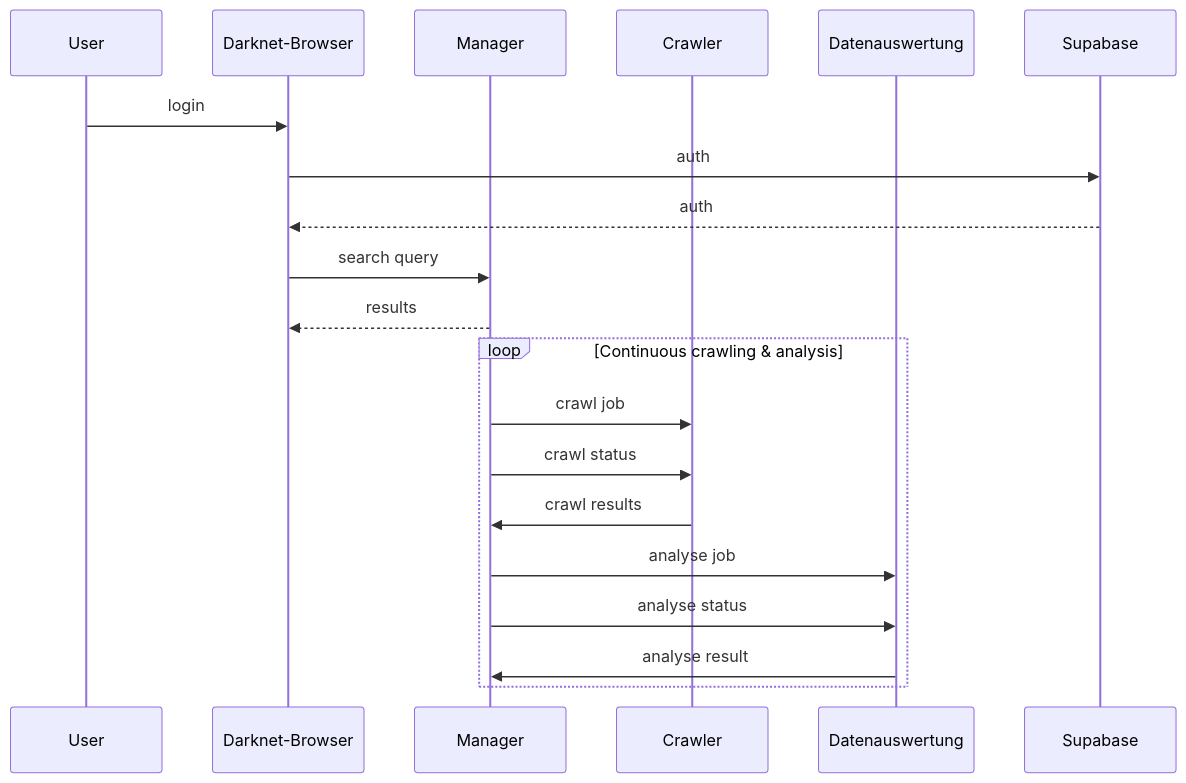
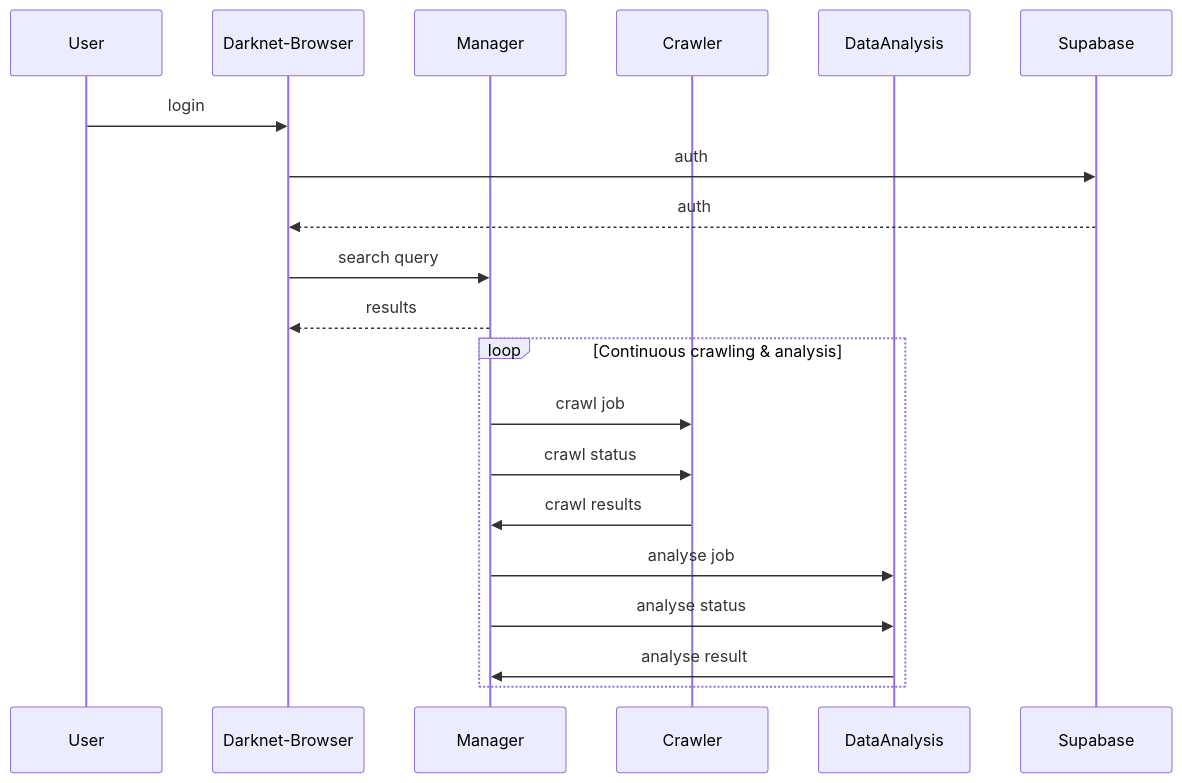
Before and after one commit to Tomatenmark05/darkwebsearch: the diagram in README.md, drawn with Mermaid.

Commit message:
Rename Datenauswertung to DataAnalysis in README

````diff
--- a/README.md
+++ b/README.md
@@ -45,26 +45,26 @@
 ```mermaid
 sequenceDiagram
     participant User
     participant DarknetBrowser as Darknet-Browser
     participant Manager
     participant Crawler
-    participant Datenauswertung
+    participant DataAnalysis
     participant Supabase
 
     %% User search flow
     User->>DarknetBrowser: login
     DarknetBrowser->>Supabase: auth
     Supabase-->>DarknetBrowser: auth
     DarknetBrowser->>Manager: search query
     Manager-->>DarknetBrowser: results
 
     %% Independent continuous crawl and analysis flow
     loop Continuous crawling & analysis
         Manager->>Crawler: crawl job
         Manager->>Crawler: crawl status
         Crawler->>Manager: crawl results
-        Manager->>Datenauswertung: analyse job
-        Manager->>Datenauswertung: analyse status
-        Datenauswertung->>Manager: analyse result
+        Manager->>DataAnalysis: analyse job
+        Manager->>DataAnalysis: analyse status
+        DataAnalysis->>Manager: analyse result
     end
 ```
````
